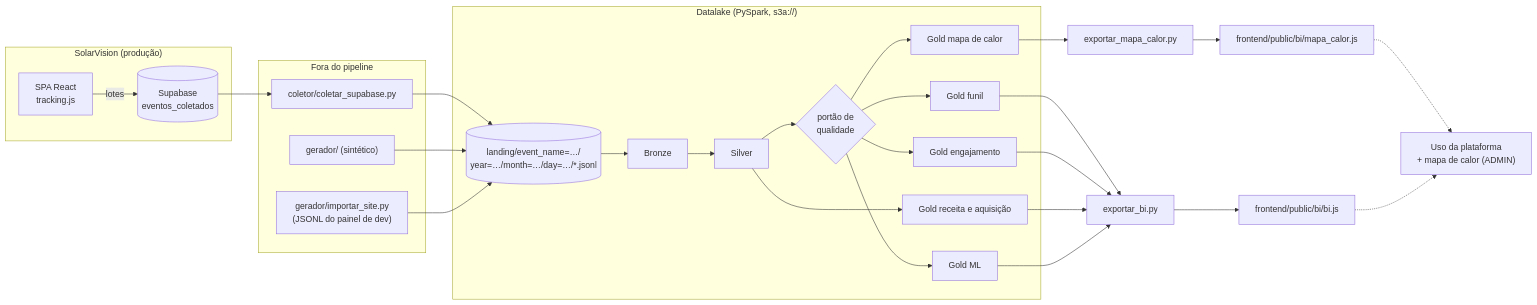
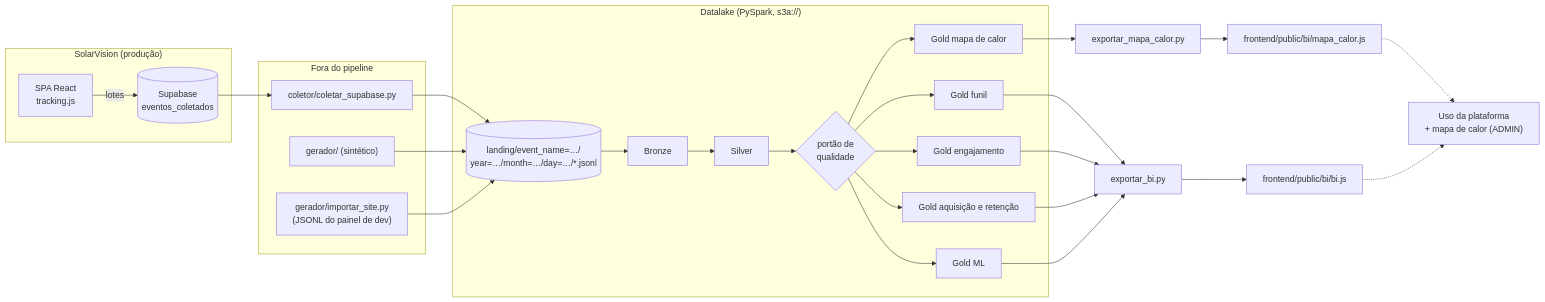
One commit to danieltanjos/SolarVision changed the second of 2 diagrams in datalake/docs/ENUNCIADO.md. Above: the diagram before and after it, drawn with Mermaid. The commit also changed other lines of this file and 6 other files, not shown here.

````diff
--- a/datalake/docs/ENUNCIADO.md
+++ b/datalake/docs/ENUNCIADO.md
@@ -67,30 +65,30 @@
 ```mermaid
 flowchart LR
     subgraph APP["SolarVision (produção)"]
         spa["SPA React<br/>tracking.js"] -->|lotes| tab[("Supabase<br/>eventos_coletados")]
     end
     subgraph FORA["Fora do pipeline"]
         col["coletor/coletar_supabase.py"]
         ger["gerador/ (sintético)"]
         imp["gerador/importar_site.py<br/>(JSONL do painel de dev)"]
     end
     tab --> col
     col --> landing[("landing/event_name=…/<br/>year=…/month=…/day=…/*.jsonl")]
     ger --> landing
     imp --> landing
     subgraph DL["Datalake (PySpark, s3a://)"]
         landing --> bronze["Bronze"] --> silver["Silver"]
         silver --> q{"portão de<br/>qualidade"}
         q --> g1["Gold funil"]
         q --> g2["Gold engajamento"]
-        silver --> g3["Gold receita e aquisição"]
+        q --> g3["Gold aquisição e retenção"]
         q --> g4["Gold ML"]
         q --> g5["Gold mapa de calor"]
     end
     g1 & g2 & g3 & g4 --> exp["exportar_bi.py"]
     g5 --> expm["exportar_mapa_calor.py"]
     exp --> bi["frontend/public/bi/bi.js"]
     expm --> bi2["frontend/public/bi/mapa_calor.js"]
     bi2 -.-> painel
     bi -.-> painel["Uso da plataforma<br/>+ mapa de calor (ADMIN)"]
 ```
````
